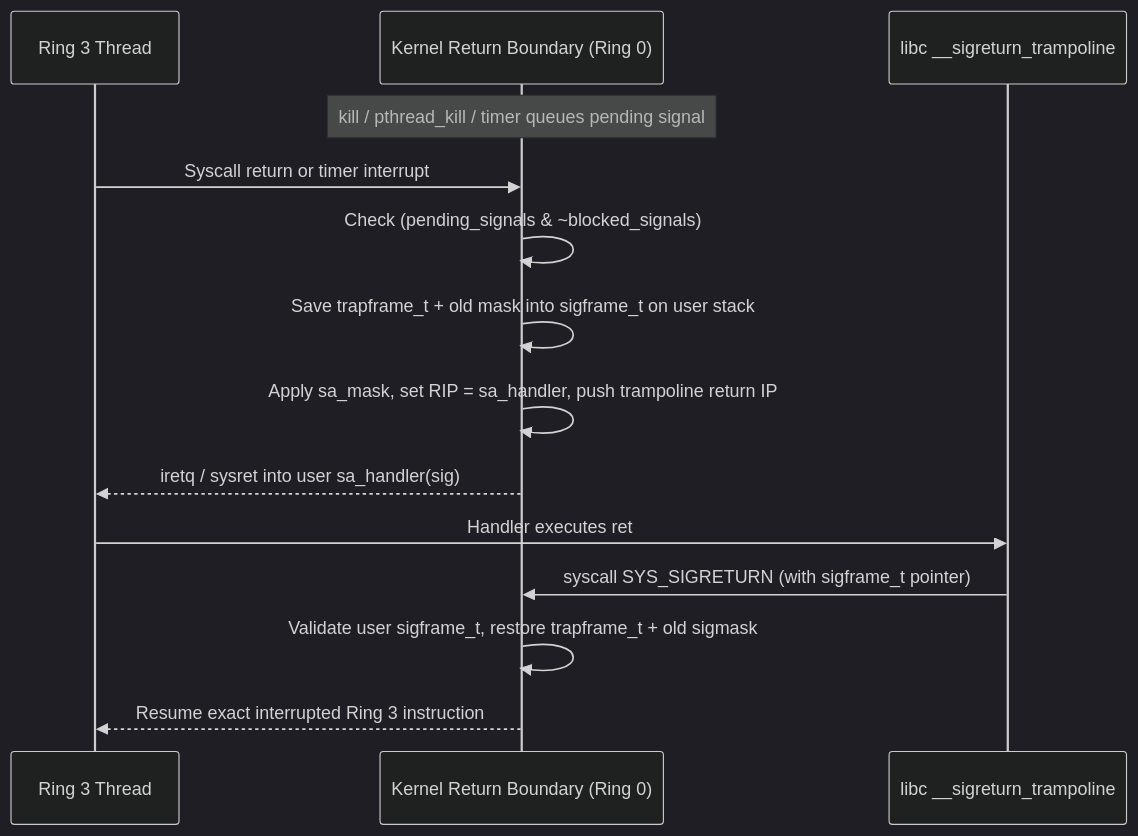
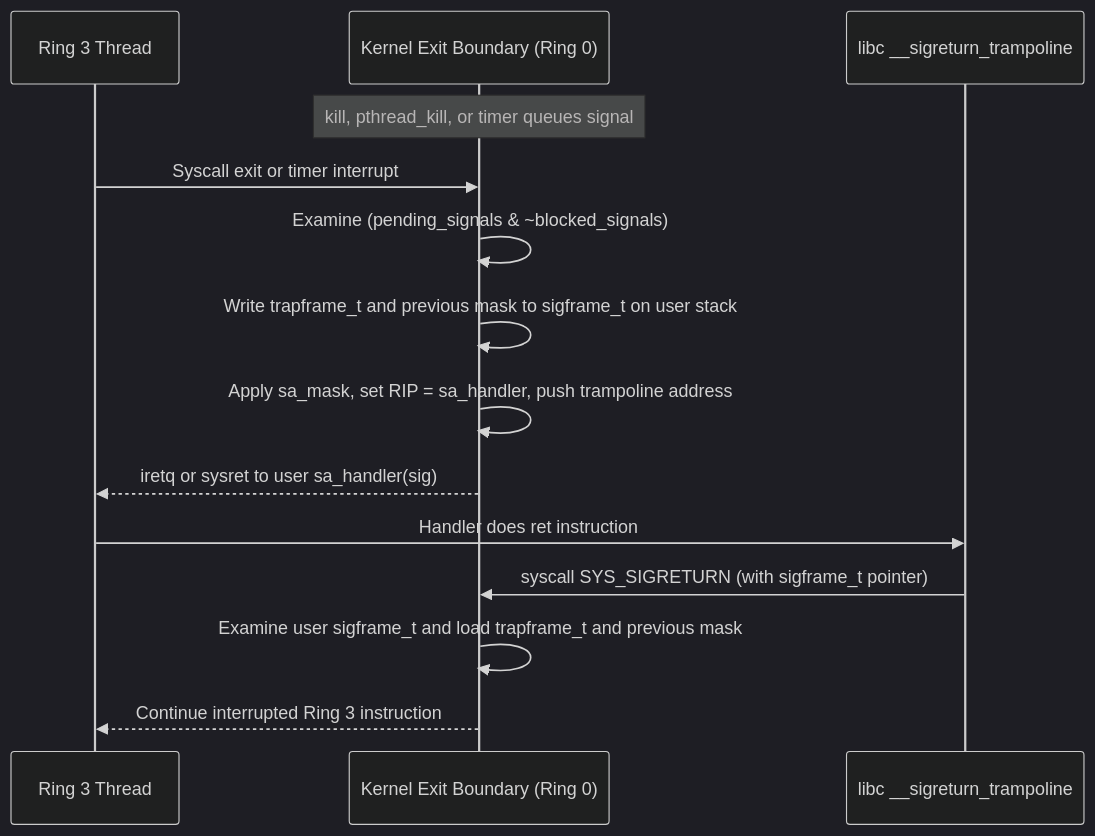
One commit to Deniz-Eren/microkernel changed the diagram in docs/30-architecture/sig.md. Above: the diagram before and after it, drawn with Mermaid (dark theme). The commit also changed other lines of this file and 151 other files, not shown here.

````diff
--- a/docs/30-architecture/sig.md
+++ b/docs/30-architecture/sig.md
@@ -23,17 +23,17 @@
 ```mermaid
 sequenceDiagram
     participant App as Ring 3 Thread
-    participant K as Kernel Return Boundary (Ring 0)
+    participant K as Kernel Exit Boundary (Ring 0)
     participant Tramp as libc __sigreturn_trampoline
 
-    Note over K: kill / pthread_kill / timer queues pending signal
-    App->>K: Syscall return or timer interrupt
-    K->>K: Check (pending_signals & ~blocked_signals)
-    K->>K: Save trapframe_t + old mask into sigframe_t on user stack
-    K->>K: Apply sa_mask, set RIP = sa_handler, push trampoline return IP
-    K-->>App: iretq / sysret into user sa_handler(sig)
-    App->>Tramp: Handler executes ret
+    Note over K: kill, pthread_kill, or timer queues signal
+    App->>K: Syscall exit or timer interrupt
+    K->>K: Examine (pending_signals & ~blocked_signals)
+    K->>K: Write trapframe_t and previous mask to sigframe_t on user stack
+    K->>K: Apply sa_mask, set RIP = sa_handler, push trampoline address
+    K-->>App: iretq or sysret to user sa_handler(sig)
+    App->>Tramp: Handler does ret instruction
     Tramp->>K: syscall SYS_SIGRETURN (with sigframe_t pointer)
-    K->>K: Validate user sigframe_t, restore trapframe_t + old sigmask
-    K-->>App: Resume exact interrupted Ring 3 instruction
+    K->>K: Examine user sigframe_t and load trapframe_t and previous mask
+    K-->>App: Continue interrupted Ring 3 instruction
 ```
````
